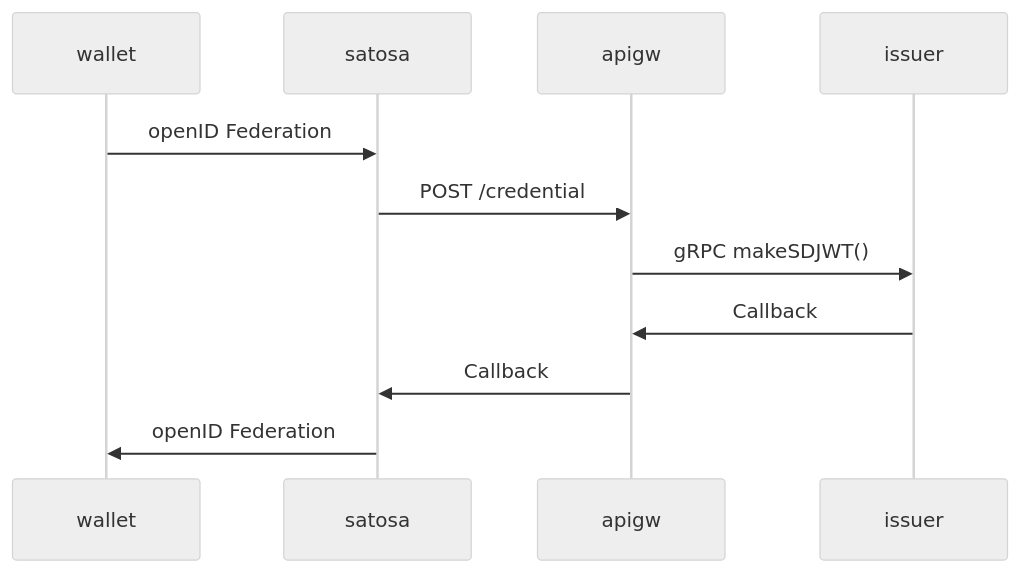
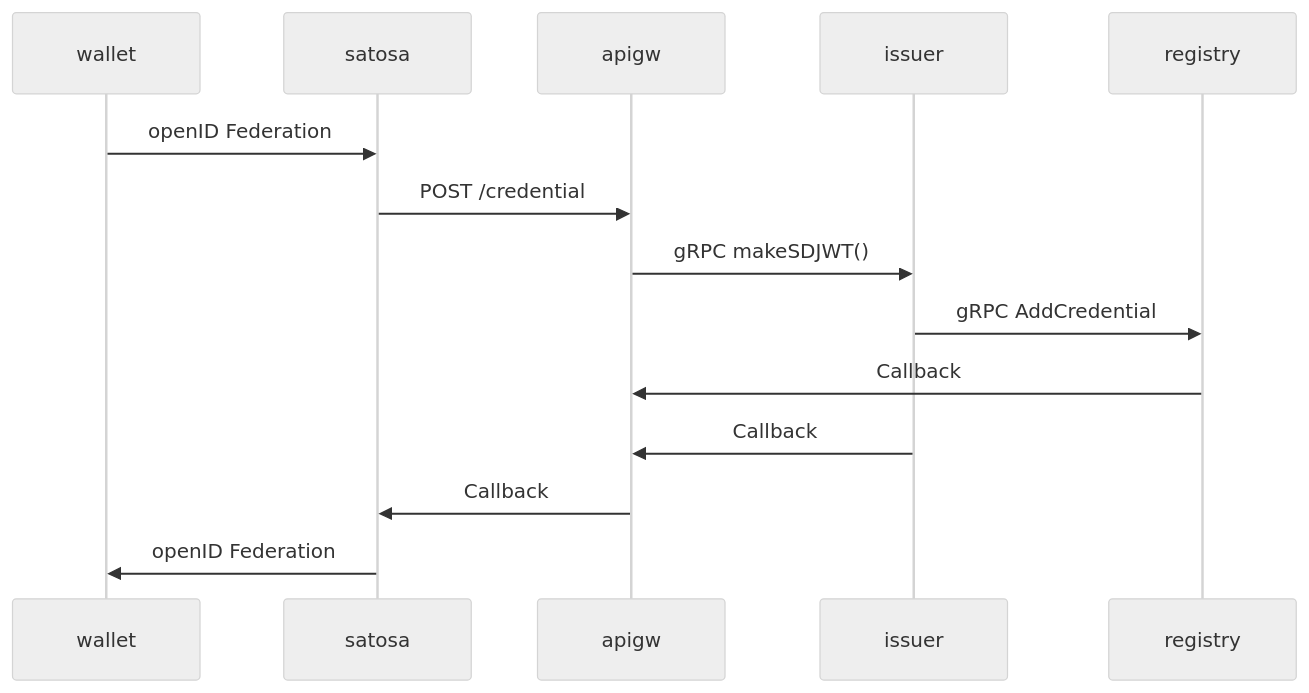
The second of 3 diagrams in docs/flowshart.md (TheSDEs/vc), drawn with Mermaid (neutral theme) before and after one commit. The commit also changed other lines of this file and 986 other files, not shown here.

Commit message:
New vendor, go.* and flowchart.

````diff
--- a/docs/flowshart.md
+++ b/docs/flowshart.md
@@ -14,9 +13,11 @@
 ```mermaid
     sequenceDiagram;
     wallet->>satosa: openID Federation;
     satosa->>apigw: POST /credential;
     apigw->>issuer: gRPC makeSDJWT();
+    issuer->>registry: gRPC AddCredential
+    registry->>apigw: Callback;
     issuer->>apigw: Callback;
     apigw->>satosa: Callback;
     satosa->>wallet: openID Federation;
 ```
````
